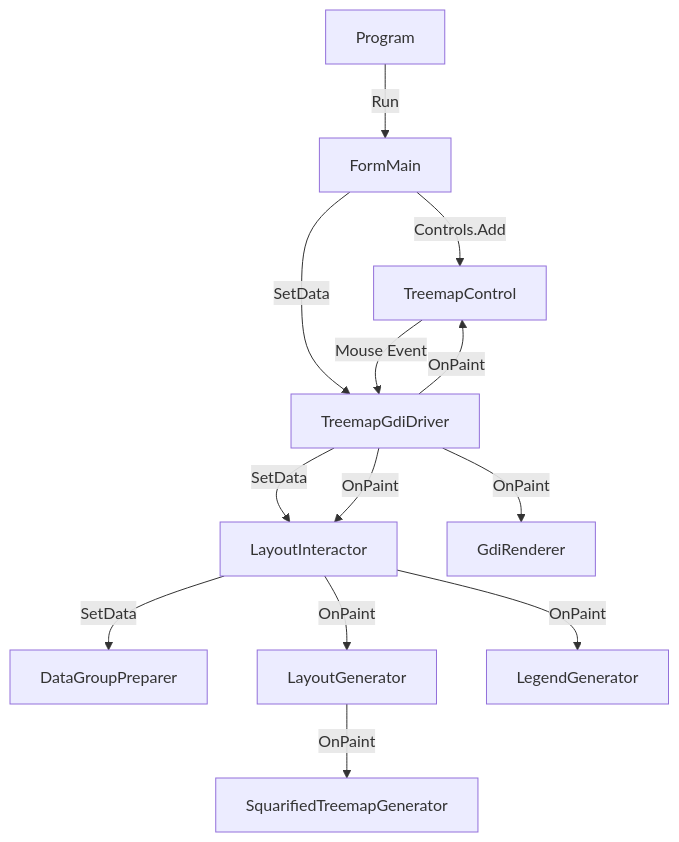
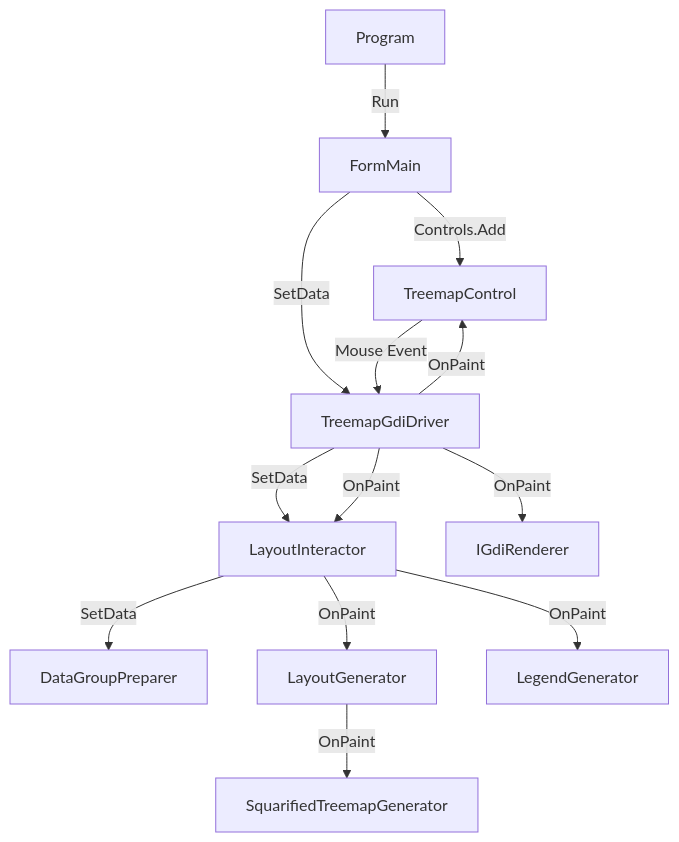
One commit to panda728/SquarifiedTreemapLayers changed the first of 3 diagrams in README.md. Above: the diagram before and after it, drawn with Mermaid. The commit also changed other lines of this file, not shown here.

````diff
--- a/README.md
+++ b/README.md
@@ -33,15 +156,15 @@
 ```mermaid
 graph TD 
 A[Program] -->|Run| B[FormMain] 
 B -->|Controls.Add| C[TreemapControl] 
 B -->|SetData| D[TreemapGdiDriver<T>]
 D -->|SetData| E[LayoutInteractor<T>] 
 E -->|SetData| F[DataGroupPreparer<T>] 
 D -->|OnPaint| E
 E -->|OnPaint| G[LayoutGenerator<T>] 
 G -->|OnPaint| H[SquarifiedTreemapGenerator] 
 E -->|OnPaint| I[LegendGenerator]
 C --> |Mouse Event| D
-D -->|OnPaint| J[GdiRenderer] 
+D -->|OnPaint| J[IGdiRenderer] 
 D -->|OnPaint| C
 ```
````
